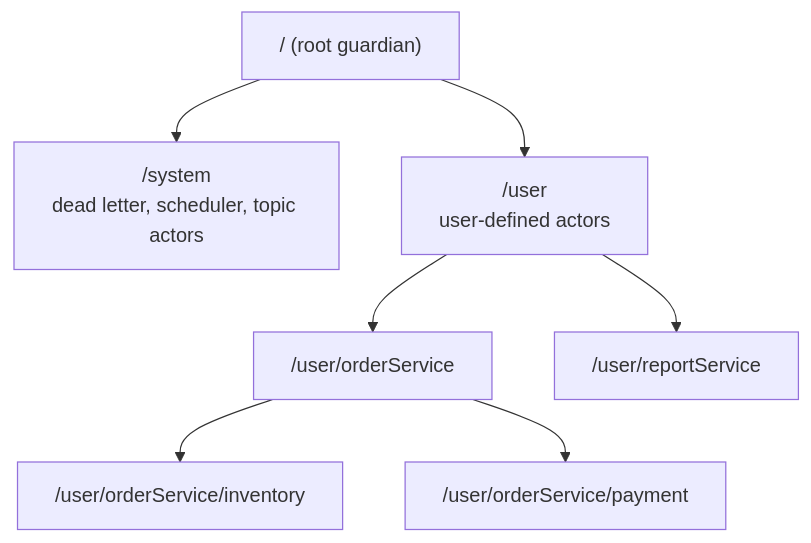
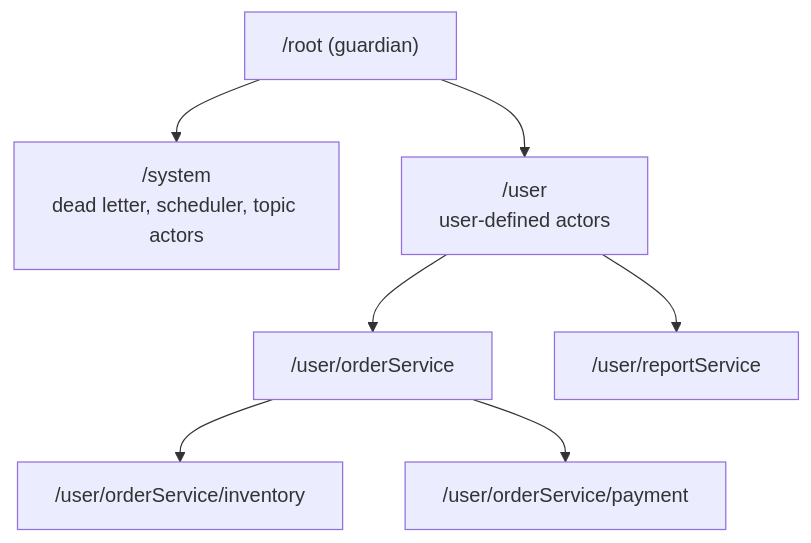
Before and after one commit to Tochemey/goakt: the first of 2 diagrams in docs/actor/actor-model.mdx, drawn with Mermaid. The commit also changed other lines of this file and 80 other files, not shown here.

````diff
--- a/docs/actor/actor-model.mdx
+++ b/docs/actor/actor-model.mdx
@@ -64,17 +61,17 @@
 ```mermaid
 graph TD
-    root["/ (root guardian)"]
+    root["/root (guardian)"]
     system["/system<br/>dead letter, scheduler, topic actors"]
     user["/user<br/>user-defined actors"]
     order["/user/orderService"]
     report["/user/reportService"]
     inventory["/user/orderService/inventory"]
     payment["/user/orderService/payment"]
 
     root --> system
     root --> user
     user --> order
     user --> report
     order --> inventory
     order --> payment
 ```
````
